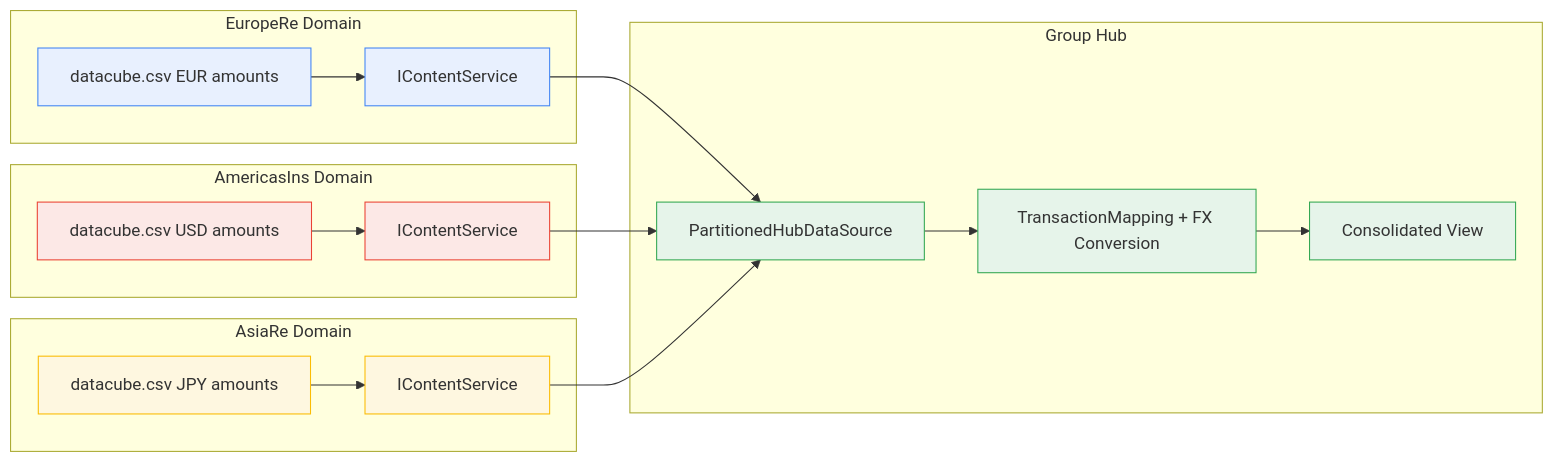
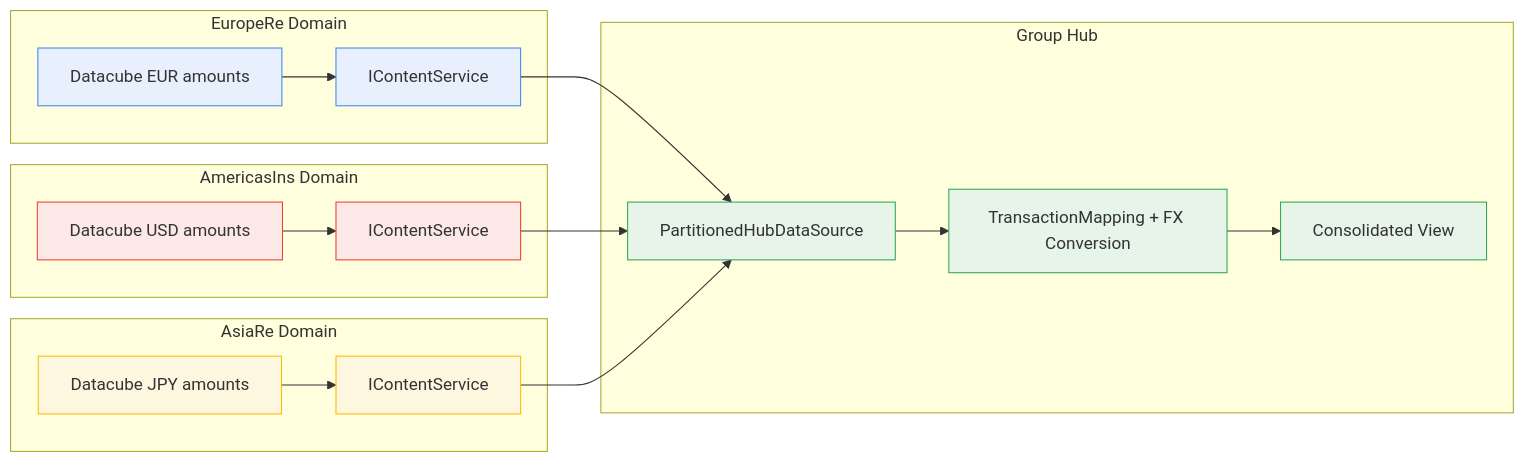
One commit to Systemorph/MeshWeaver changed the first of 3 diagrams in samples/Graph/Data/FutuRe/DataDistribution.md. Above: the diagram before and after it, drawn with Mermaid. The commit also changed other lines of this file and 1 other file, not shown here.

Commit message:
Removed mentioning of csv in demo .md files (text and diagrams)

````diff
--- a/samples/Graph/Data/FutuRe/DataDistribution.md
+++ b/samples/Graph/Data/FutuRe/DataDistribution.md
@@ -19,41 +19,41 @@
 ```mermaid
 graph LR
     subgraph EuropeRe Domain
-        EU_CSV[datacube.csv EUR amounts]
+        EU_CSV[Datacube EUR amounts]
         EU_SVC[IContentService]
     end
 
     subgraph AmericasIns Domain
-        AM_CSV[datacube.csv USD amounts]
+        AM_CSV[Datacube USD amounts]
         AM_SVC[IContentService]
     end
 
     subgraph AsiaRe Domain
-        AS_CSV[datacube.csv JPY amounts]
+        AS_CSV[Datacube JPY amounts]
         AS_SVC[IContentService]
     end
 
     EU_CSV --> EU_SVC
     AM_CSV --> AM_SVC
     AS_CSV --> AS_SVC
 
     subgraph Group Hub
         PART[PartitionedHubDataSource]
         MAP[TransactionMapping + FX Conversion]
         AGG[Consolidated View]
     end
 
     EU_SVC --> PART
     AM_SVC --> PART
     AS_SVC --> PART
     PART --> MAP --> AGG
 
     classDef eu fill:#e8f0fe,stroke:#4285f4,color:#333
     classDef am fill:#fce8e6,stroke:#ea4335,color:#333
     classDef asia fill:#fef7e0,stroke:#fbbc04,color:#333
     classDef hub fill:#e6f4ea,stroke:#34a853,color:#333
     class EU_CSV,EU_SVC eu
     class AM_CSV,AM_SVC am
     class AS_CSV,AS_SVC asia
     class PART,MAP,AGG hub
 ```
````
